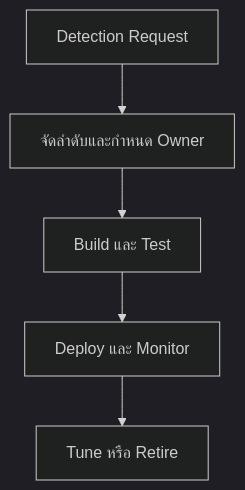
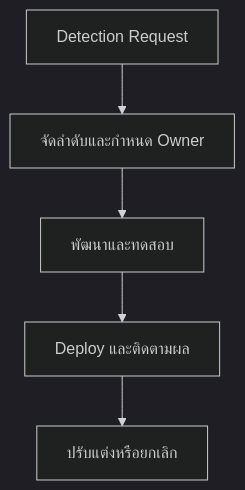
Before and after one commit to nutthakorn7/SOC-Standard-Operating-Procedures: the diagram in 11_Reporting_Templates/Detection_Ownership_RACI.th.md, drawn with Mermaid (dark theme). The commit also changed other lines of this file and 20 other files, not shown here.

````diff
--- a/11_Reporting_Templates/Detection_Ownership_RACI.th.md
+++ b/11_Reporting_Templates/Detection_Ownership_RACI.th.md
@@ -6,7 +6,7 @@
 ```mermaid
 graph TD
     A["Detection Request"] --> B["จัดลำดับและกำหนด Owner"]
-    B --> C["Build และ Test"]
-    C --> D["Deploy และ Monitor"]
-    D --> E["Tune หรือ Retire"]
+    B --> C["พัฒนาและทดสอบ"]
+    C --> D["Deploy และติดตามผล"]
+    D --> E["ปรับแต่งหรือยกเลิก"]
 ```
````
